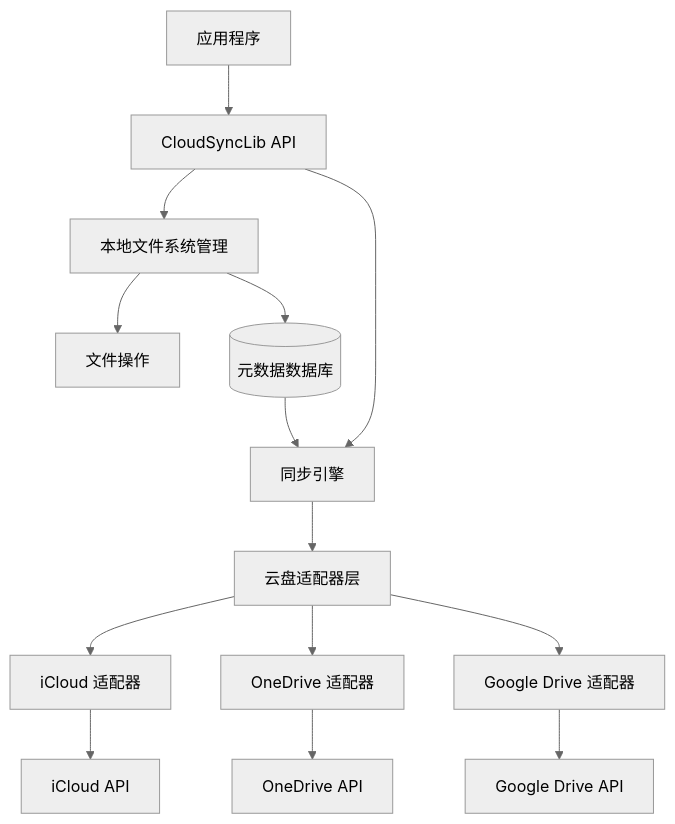
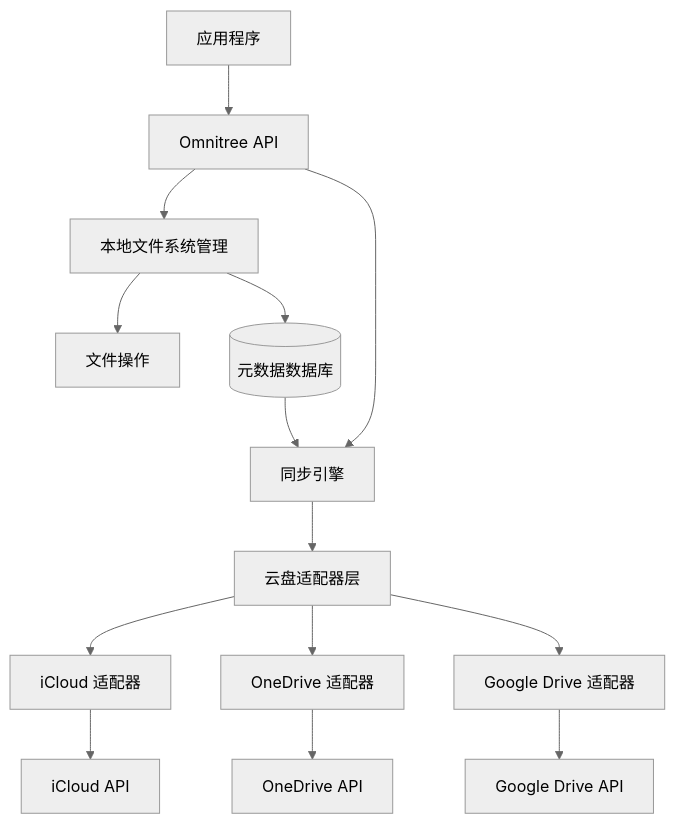
One commit to Camel9527/omnitree changed the first of 4 diagrams in README.md. Above: the diagram before and after it, drawn with Mermaid (neutral theme). The commit also changed other lines of this file, not shown here.

Commit message:
Rename CloudSyncLib to Omnitree in documentation

````diff
--- a/README.md
+++ b/README.md
@@ -28,21 +28,21 @@
 ```mermaid
 graph TB
-    App[应用程序] --> API[CloudSyncLib API]
+    App[应用程序] --> API[Omnitree API]
     API --> LocalFS[本地文件系统管理]
     API --> SyncEngine[同步引擎]
     
     LocalFS --> FileOps[文件操作]
     LocalFS --> MetaDB[(元数据数据库)]
     
     SyncEngine --> Adapters[云盘适配器层]
     
     Adapters --> iCloudAdapter[iCloud 适配器]
     Adapters --> OneDriveAdapter[OneDrive 适配器]
     Adapters --> GDriveAdapter[Google Drive 适配器]
     
     iCloudAdapter --> iCloudAPI[iCloud API]
     OneDriveAdapter --> OneDriveAPI[OneDrive API]
     GDriveAdapter --> GDriveAPI[Google Drive API]
     
     MetaDB --> SyncEngine
 ```
````
